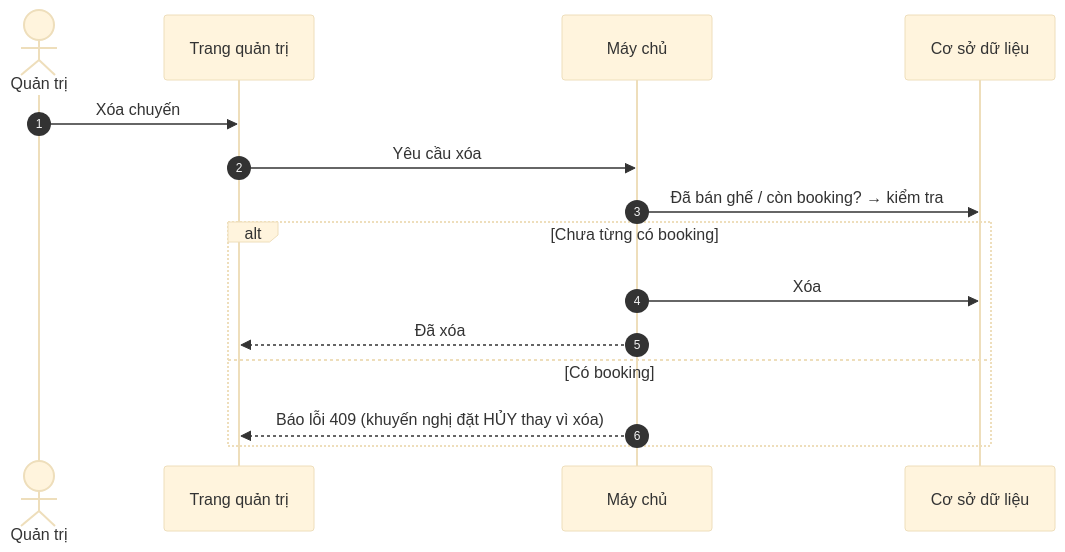
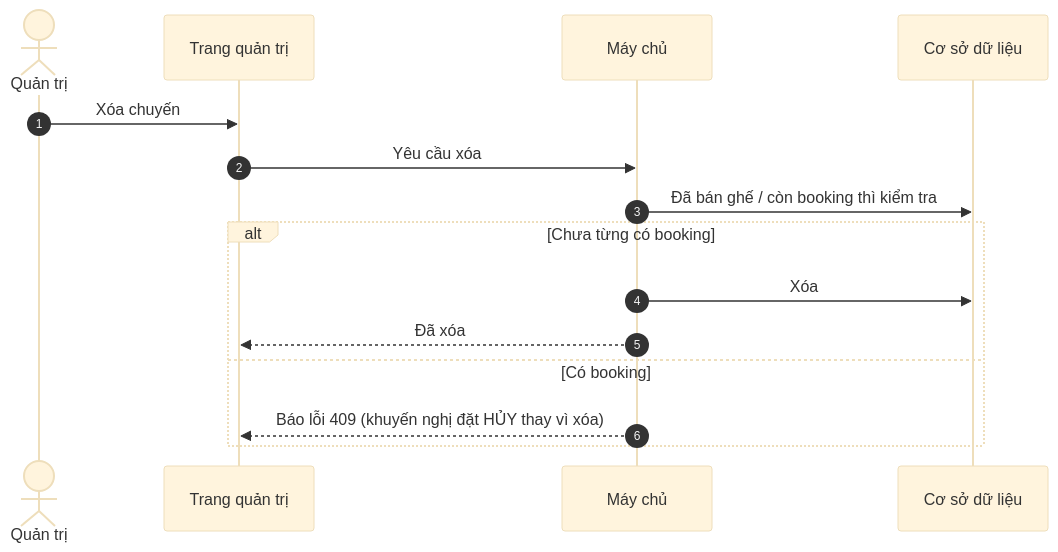
One commit to yurivolkov21/Tourism-Platform changed diagram 22 of 36 in docs/03-reference/diagrams-admin.md. Above: the diagram before and after it, drawn with Mermaid (base theme). The commit also changed other lines of this file and 3 other files, not shown here.

First line of the commit message:
docs(reference): fix Mermaid rendering — drop ; and unicode arrows from messages

````diff
--- a/docs/03-reference/diagrams-admin.md
+++ b/docs/03-reference/diagrams-admin.md
@@ -429,17 +429,17 @@
 ```mermaid
 sequenceDiagram
     autonumber
     actor AD as Quản trị
     participant FE as Trang quản trị
     participant API as Máy chủ
     participant DB as Cơ sở dữ liệu
     AD->>FE: Xóa chuyến
     FE->>API: Yêu cầu xóa
-    API->>DB: Đã bán ghế / còn booking? → kiểm tra
+    API->>DB: Đã bán ghế / còn booking thì kiểm tra
     alt Chưa từng có booking
         API->>DB: Xóa
         API-->>FE: Đã xóa
     else Có booking
         API-->>FE: Báo lỗi 409 (khuyến nghị đặt HỦY thay vì xóa)
     end
 ```
````
